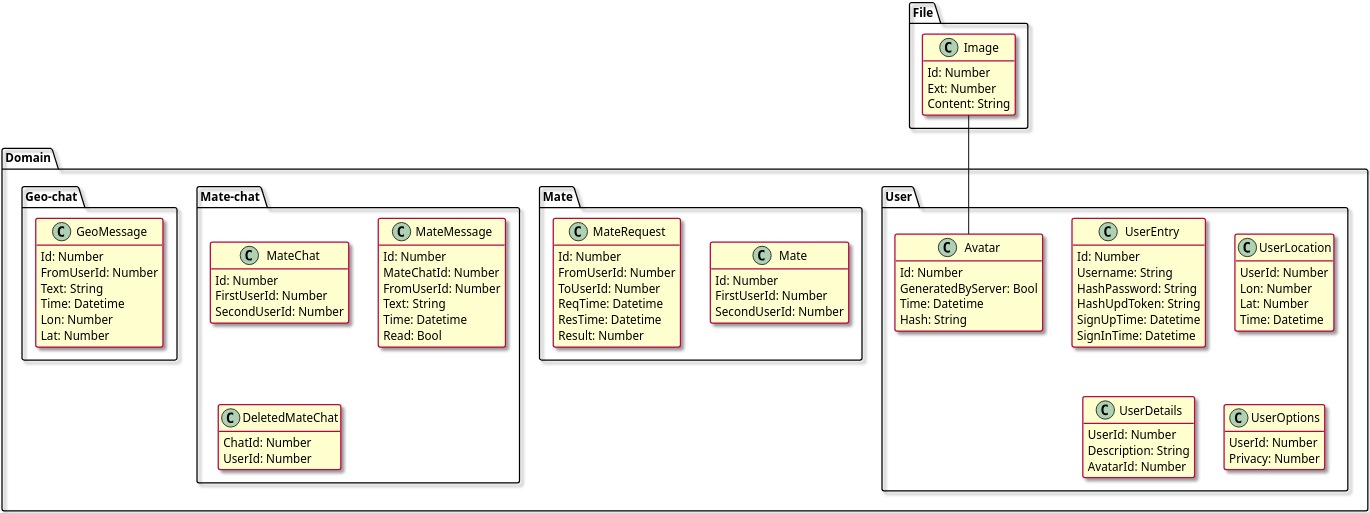
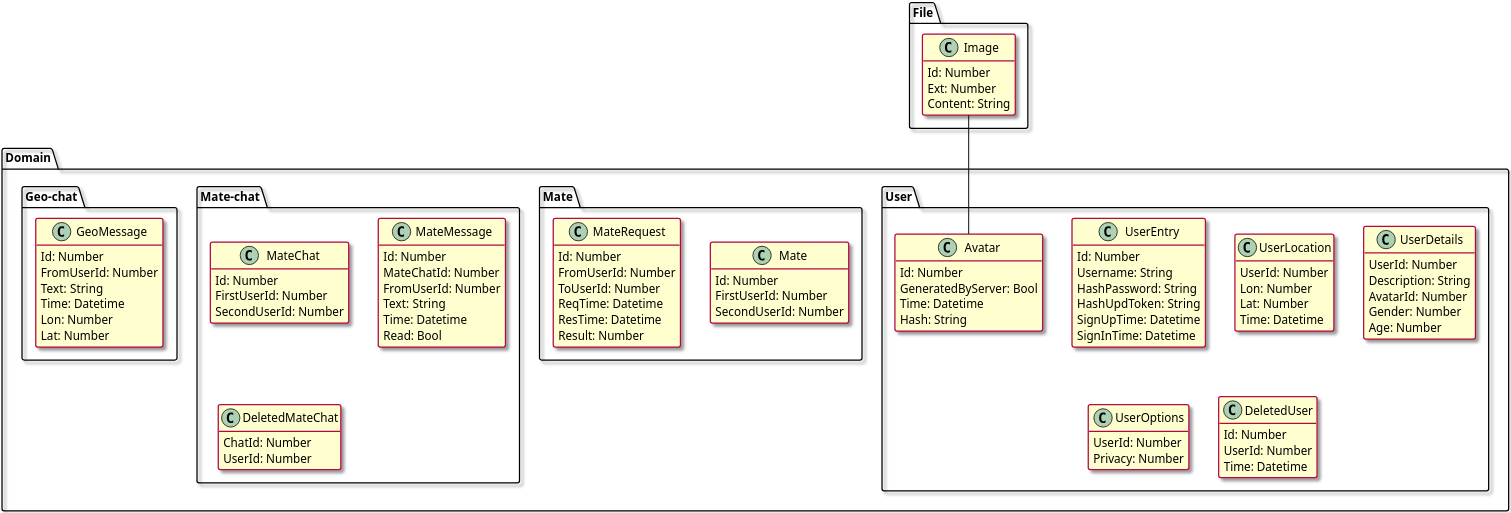
Before and after one commit to qubacy/geoqq: the diagram in general/puml_diagrams/domain/models_p1.wsd, drawn with PlantUML. The commit also changed 8 other files, not shown here.

```diff
--- a/general/puml_diagrams/domain/models_p1.wsd
+++ b/general/puml_diagrams/domain/models_p1.wsd
@@ -1,130 +1,138 @@
 @startuml models_p1
 
 ' `Time` is not part of `Datetime`. This is global level
 ' `Datetime` is `Timestamp` (UTC?)
 
 ' Useful links:
 ' https://stackoverflow.com/questions/14221775/in-postgresql-force-unique-on-combination-of-two-columns
 
 ' -----------------------------------------------
 
 skinparam ArrowThickness 1.25
 skinparam ClassBorderThickness 1.5
 skinparam ClassBackgroundColor #FEFECE
 skinparam ClassBorderColor #B20842
 
 skinparam dpi 400
 skinparam Shadowing true
 
 ' -----------------------------------------------
 
 hide empty methods
 hide empty members
 
 ' models
 ' -----------------------------------------------
 
 package Domain {
     package User {
         class UserEntry {
             Id: Number
             Username: String
             HashPassword: String
             HashUpdToken: String
             SignUpTime: Datetime
             SignInTime: Datetime
         }
 
         class UserLocation {
             UserId: Number
             Lon: Number
             Lat: Number
             Time: Datetime
         }
 
         class UserDetails {
             UserId: Number
             Description: String
             AvatarId: Number
+            Gender: Number
+            Age: Number
         }
 
         class UserOptions {
             UserId: Number
             Privacy: Number
         }
 
         class Avatar {
             Id: Number
             GeneratedByServer: Bool
             Time: Datetime
             Hash: String
+        }
+
+        class DeletedUser {
+            Id: Number
+            UserId: Number
+            Time: Datetime
         }
     }
 
     package Mate {
         class Mate {
             Id: Number
             FirstUserId: Number
             SecondUserId: Number
         }
         ' When deleted, a new one-way request is added
 
         class MateRequest {
             Id: Number
             FromUserId: Number
             ToUserId: Number
             ReqTime: Datetime
             ResTime: Datetime
             Result: Number
         }
         ' Result from list: accepted, rejected, waiting
         ' Cron to remove some requests
     }
 
     package Mate-chat {
         class MateChat {
             Id: Number
             FirstUserId: Number
             SecondUserId: Number
         }
         ' Created when created friendship
         ' Hidden for user who deleted chat
 
         class MateMessage {
             Id: Number
             MateChatId: Number
             FromUserId: Number
             Text: String
             Time: Datetime
             Read: Bool
         }
 
         class DeletedMateChat {
             ChatId: Number
             UserId: Number
         }
     }
 
     package Geo-chat {
         class GeoMessage {
             Id: Number
             FromUserId: Number
             Text: String
             Time: Datetime
             Lon: Number
             Lat: Number
         }
     }
 }
 
 package File {
     class Image {
         Id: Number
         Ext: Number
         Content: String
     }
 }
 
 Image -- Avatar
 
 @enduml
```
